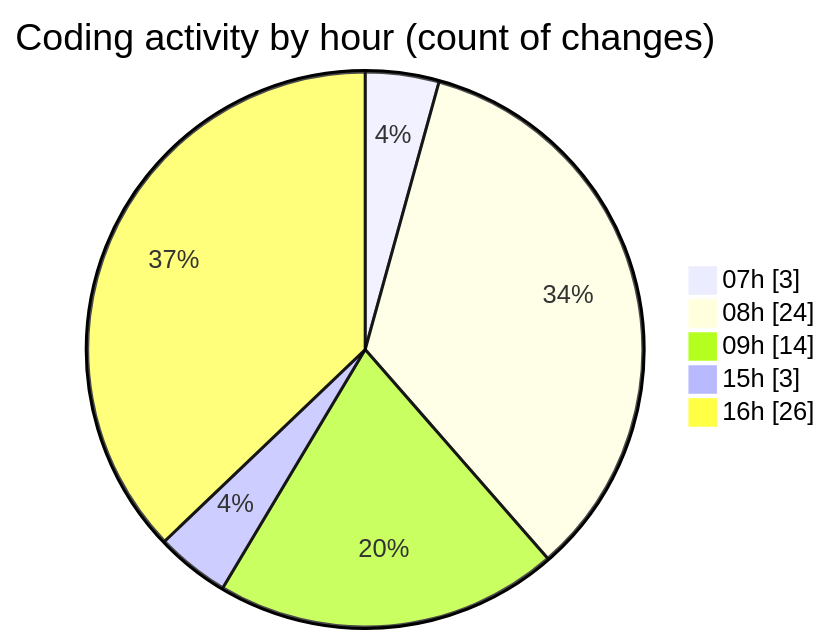
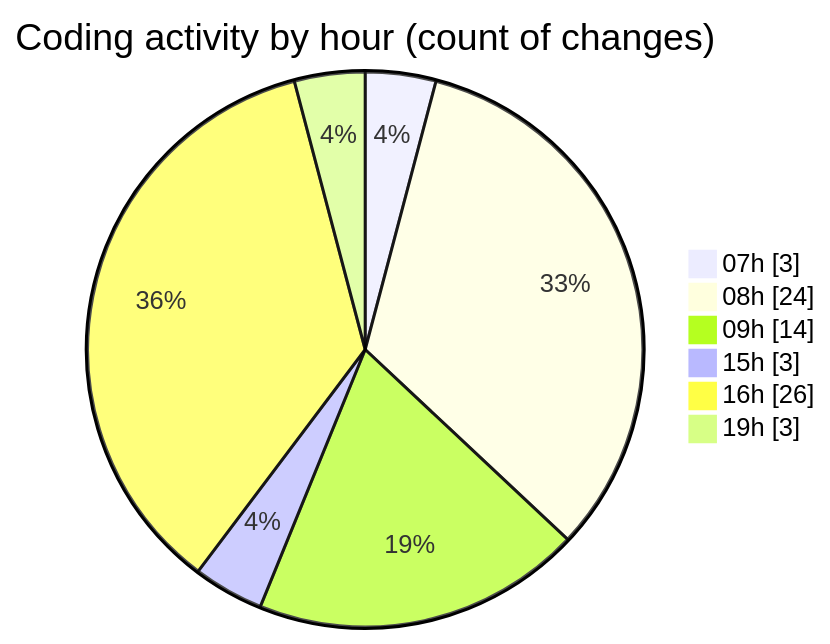
Before and after one commit to MatusMokan/code-tracking: the second of 2 diagrams in 2025-05-07/myws__workspace_/README.md, drawn with Mermaid. The commit also changed other lines of this file and 1 other file, not shown here.

````diff
--- a/2025-05-07/myws__workspace_/README.md
+++ b/2025-05-07/myws__workspace_/README.md
@@ -30,9 +30,10 @@
 ```mermaid
 pie showData
 title Coding activity by hour (count of changes)
 "07h" : 3
 "08h" : 24
 "09h" : 14
 "15h" : 3
 "16h" : 26
+"19h" : 3
 ```
````
